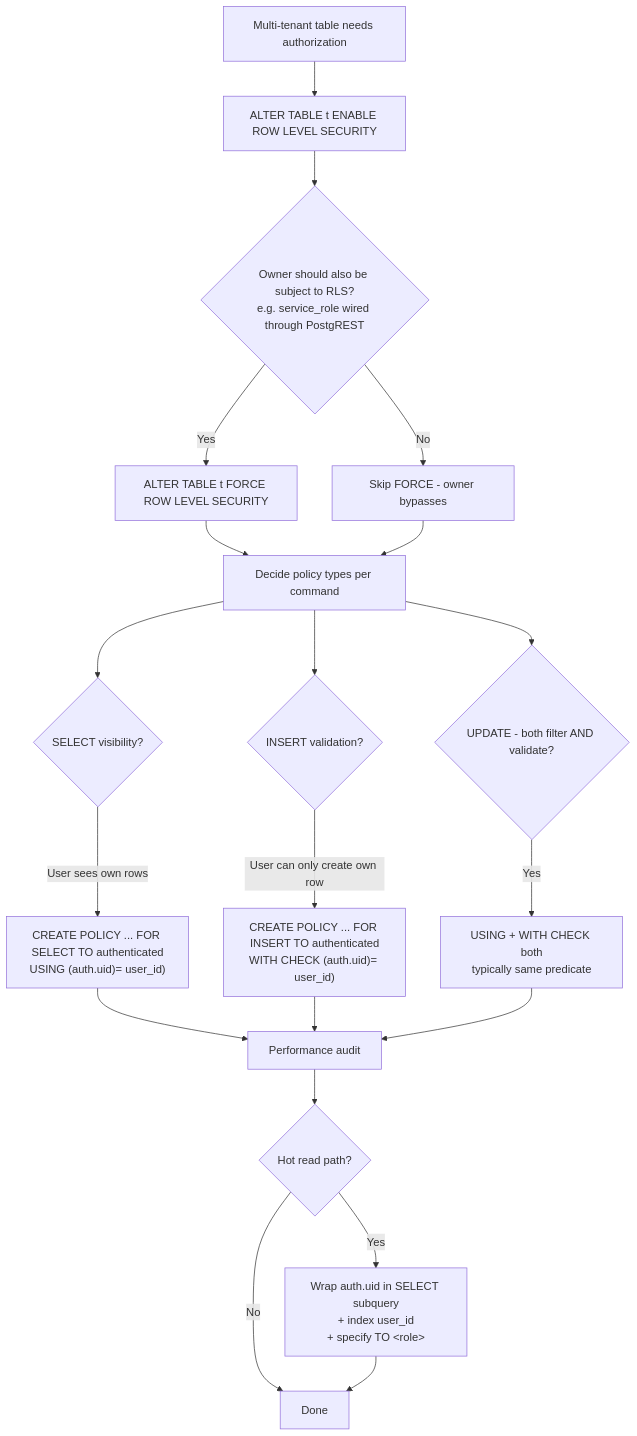
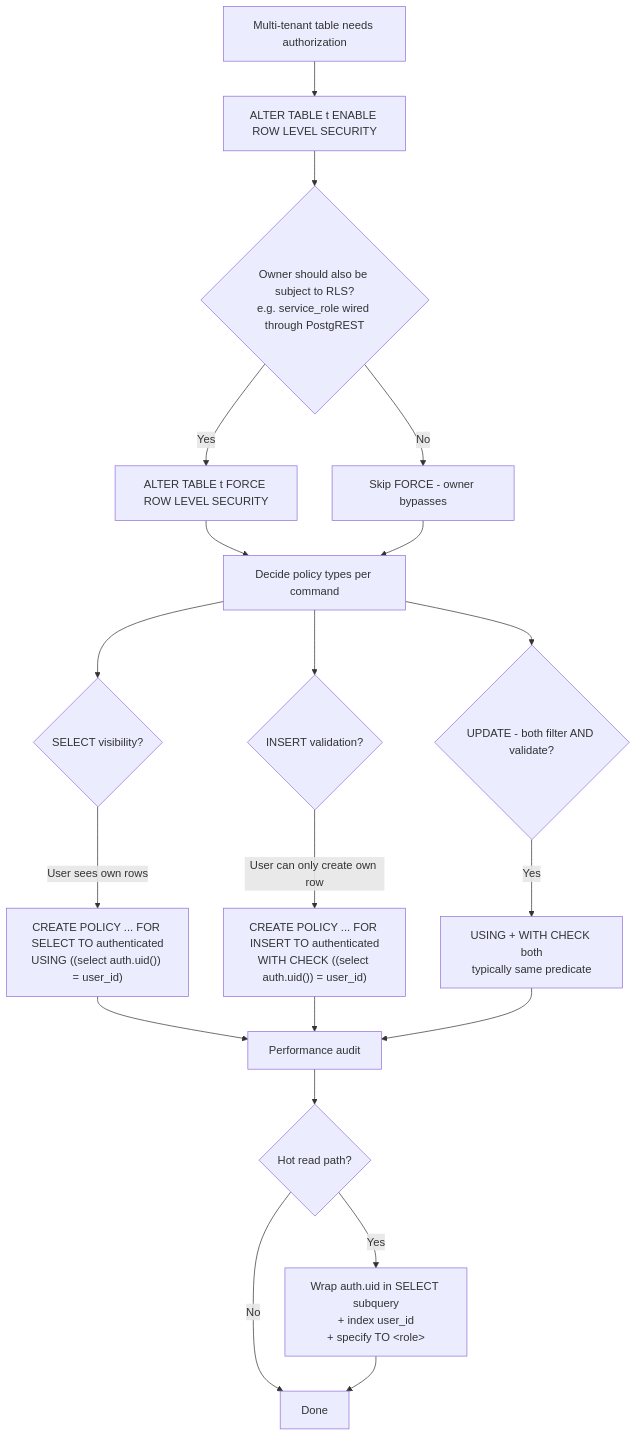
Before and after one commit to curiositech/port-daddy: the diagram in skills/postgres-row-level-security/SKILL.md, drawn with Mermaid. The commit also changed 2 other files, not shown here.

Commit message:
fix(skills): incorporate PR #663 review — file-accurate hazard lines, RLS SQL, skill-id refs
- audit_skill_bundle.py mermaid hazards now report file-accurate line
  numbers (offset by the block's position; previously block-relative).
- postgres-row-level-security diagram uses the canonical
  (select auth.uid()) = user_id form the skill itself teaches.
- ICOS SKILL.md unifies both ship-handling cross-references to the real
  WinDAGs-library id and labels them as not bundled in-repo.

Claude-Session: https://claude.ai/code/session_01CbYdz9zKphHGuk8PesdtoV

````diff
--- a/skills/postgres-row-level-security/SKILL.md
+++ b/skills/postgres-row-level-security/SKILL.md
@@ -30,22 +30,22 @@
 ```mermaid
 flowchart TD
   A[Multi-tenant table needs authorization] --> B[ALTER TABLE t ENABLE ROW LEVEL SECURITY]
   B --> C{Owner should also be subject to RLS?<br/>e.g. service_role wired through PostgREST}
   C -->|Yes| D[ALTER TABLE t FORCE ROW LEVEL SECURITY]
   C -->|No| E[Skip FORCE - owner bypasses]
   D --> F[Decide policy types per command]
   E --> F
   F --> G{SELECT visibility?}
-  G -->|"User sees own rows"| H["CREATE POLICY ... FOR SELECT TO authenticated<br/>USING (auth.uid)= user_id)"]
+  G -->|"User sees own rows"| H["CREATE POLICY ... FOR SELECT TO authenticated<br/>USING ((select auth.uid()) = user_id)"]
   F --> I{INSERT validation?}
-  I -->|"User can only create own row"| J["CREATE POLICY ... FOR INSERT TO authenticated<br/>WITH CHECK (auth.uid)= user_id)"]
+  I -->|"User can only create own row"| J["CREATE POLICY ... FOR INSERT TO authenticated<br/>WITH CHECK ((select auth.uid()) = user_id)"]
   F --> K{UPDATE - both filter AND validate?}
   K -->|Yes| L[USING + WITH CHECK both<br/>typically same predicate]
   H --> M[Performance audit]
   J --> M
   L --> M
   M --> N{Hot read path?}
   N -->|Yes| O[Wrap auth.uid in SELECT subquery<br/>+ index user_id<br/>+ specify TO &lt;role&gt;]
   N -->|No| P[Done]
   O --> P
 ```
````
